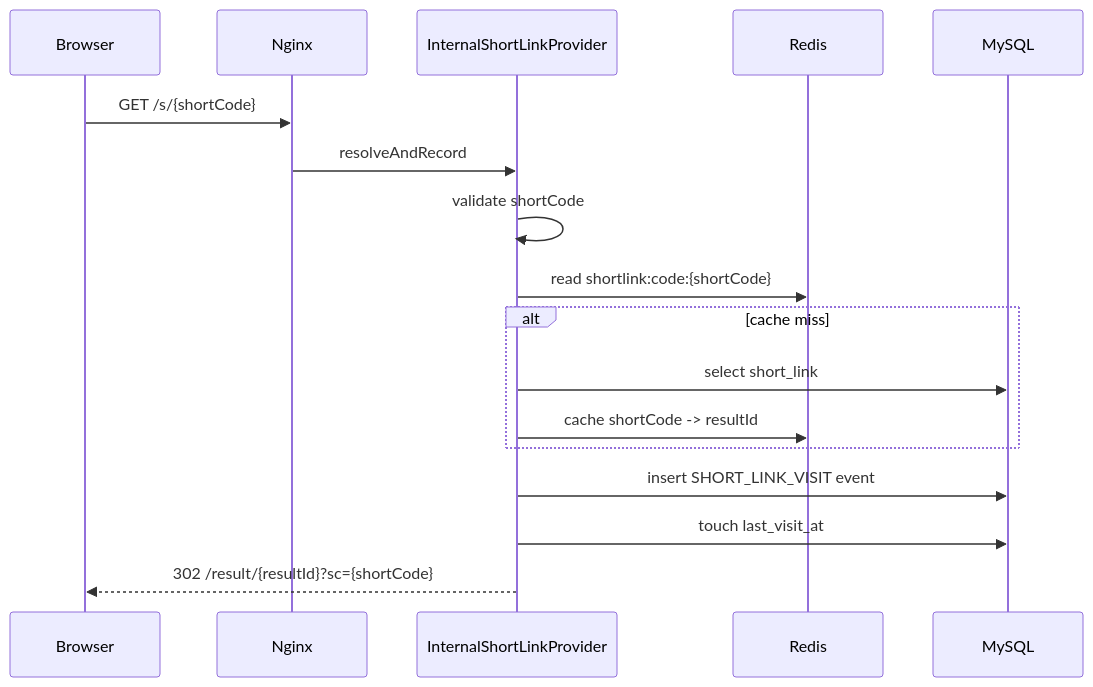
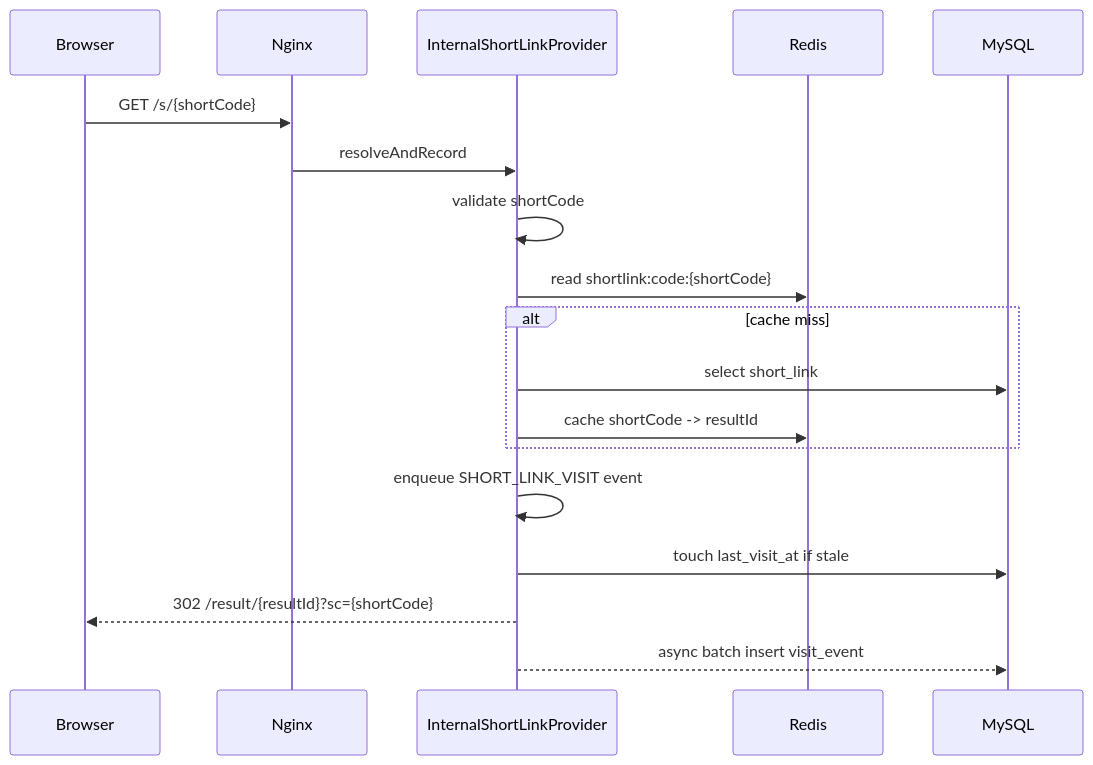
The third of 10 diagrams in docs/interview-learning-manual.md (Oliver1205/wuxing-persona-card), drawn with Mermaid before and after one commit. The commit also changed other lines of this file and 5 other files, not shown here.

````diff
--- a/docs/interview-learning-manual.md
+++ b/docs/interview-learning-manual.md
@@ -87,20 +87,21 @@
 ```mermaid
 sequenceDiagram
   participant B as Browser
   participant N as Nginx
   participant P as InternalShortLinkProvider
   participant C as Redis
   participant DB as MySQL
 
   B->>N: GET /s/{shortCode}
   N->>P: resolveAndRecord
   P->>P: validate shortCode
   P->>C: read shortlink:code:{shortCode}
   alt cache miss
     P->>DB: select short_link
     P->>C: cache shortCode -> resultId
   end
-  P->>DB: insert SHORT_LINK_VISIT event
-  P->>DB: touch last_visit_at
+  P->>P: enqueue SHORT_LINK_VISIT event
+  P->>DB: touch last_visit_at if stale
   P-->>B: 302 /result/{resultId}?sc={shortCode}
+  P-->>DB: async batch insert visit_event
 ```
````
